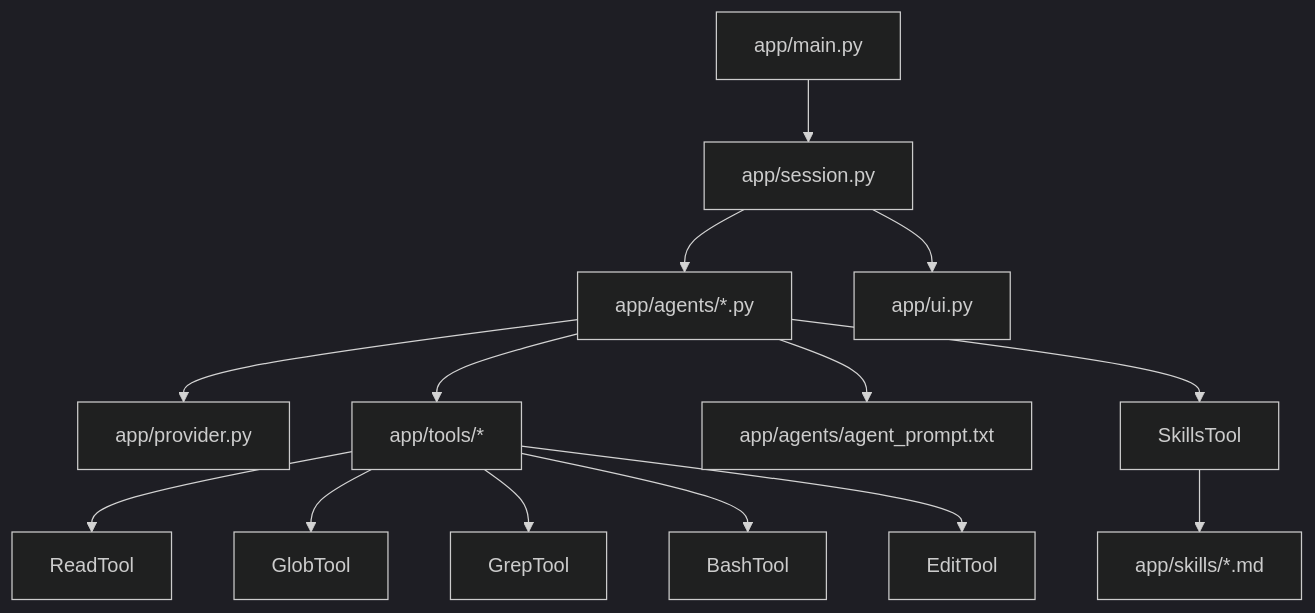
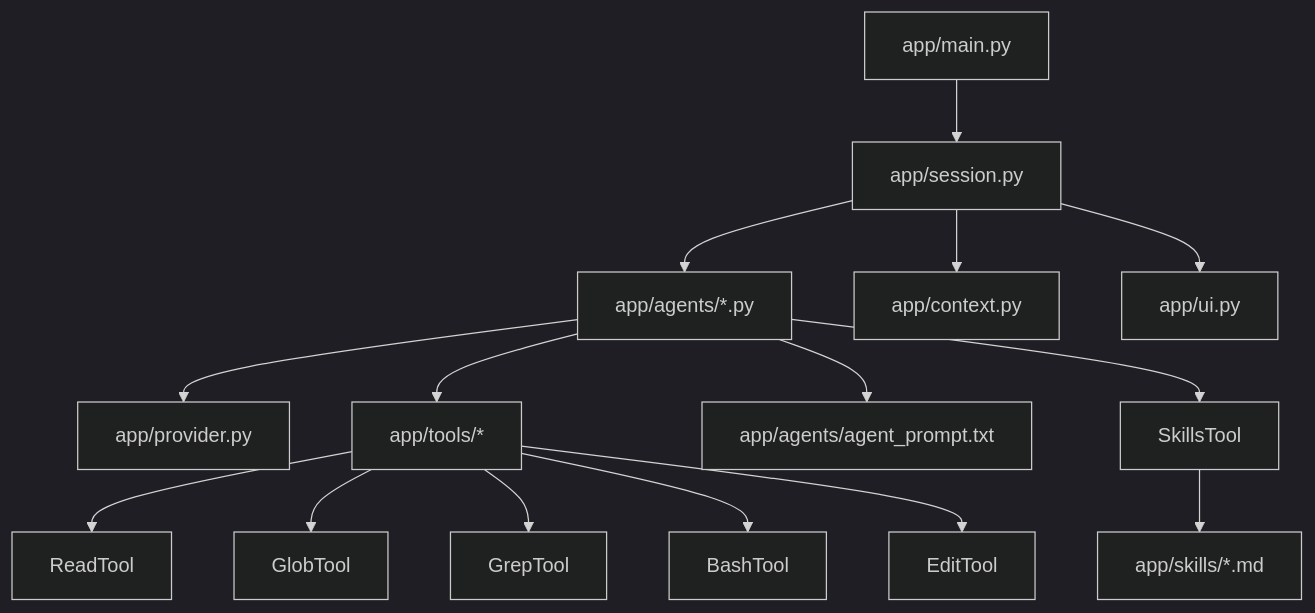
The second of 2 diagrams in README.md (mlorthiois/smolcode), drawn with Mermaid (dark theme) before and after one commit. The commit also changed other lines of this file and 7 other files, not shown here.

````diff
--- a/README.md
+++ b/README.md
@@ -150,18 +149,19 @@
 ```mermaid
 flowchart TD
   main[app/main.py] --> session[app/session.py]
   session --> agent[app/agents/*.py]
+  session --> context[app/context.py]
   agent --> api[app/provider.py]
   agent --> tools[app/tools/*]
   agent --> prompt[app/agents/agent_prompt.txt]
 
   tools --> read[ReadTool]
   tools --> glob[GlobTool]
   tools --> grep[GrepTool]
   tools --> bash[BashTool]
   tools --> edit[EditTool]
 
   agent --> skillsTool[SkillsTool]
   skillsTool --> skillsMd[app/skills/*.md]
   session --> ui[app/ui.py]
 ```
````
